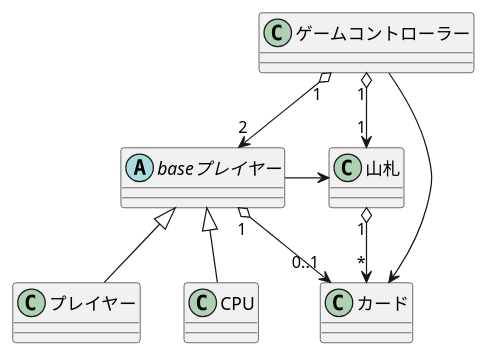
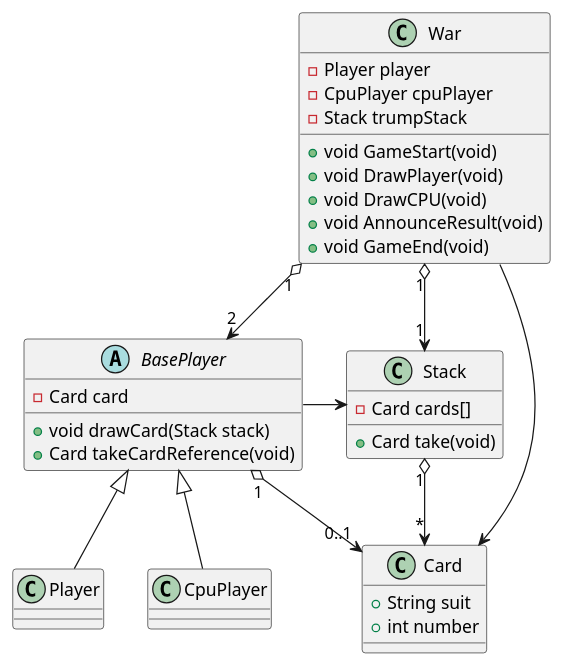
Before and after one commit to hachimitu22/study: the seventh of 7 diagrams in uml/CardGame/doc/design.md, drawn with PlantUML.

Commit message:
クラス図のクラスを英語に変えて属性を決めた

````diff
--- a/uml/CardGame/doc/design.md
+++ b/uml/CardGame/doc/design.md
@@ -290,24 +290,43 @@
 ```plantuml
 @startuml
 
-class ゲームコントローラー
-abstract baseプレイヤー
-class プレイヤー
-class CPU
-class 山札
-class カード
+class War {
+  - Player player
+  - CpuPlayer cpuPlayer
+  - Stack trumpStack
+  + void GameStart(void)
+  + void DrawPlayer(void)
+  + void DrawCPU(void)
+  + void AnnounceResult(void)
+  + void GameEnd(void)
+}
+abstract BasePlayer {
+  - Card card
+  + void drawCard(Stack stack)
+  + Card takeCardReference(void)
+}
+class Player
+class CpuPlayer
+class Stack {
+  - Card cards[]
+  + Card take(void)
+}
+class Card {
+  + String suit
+  + int number
+}
 
-ゲームコントローラー "1" o--> "1" 山札
-ゲームコントローラー "1" o--> "2" baseプレイヤー
+War "1" o--> "1" Stack
+War "1" o--> "2" BasePlayer
 
-プレイヤー -up-|> baseプレイヤー
-CPU -up-|> baseプレイヤー
+Player -up-|> BasePlayer
+CpuPlayer -up-|> BasePlayer
 
-山札 "1" o--> "*" カード
-baseプレイヤー "1" o--> "0..1" カード
+Stack "1" o--> "*" Card
+BasePlayer "1" o--> "0..1" Card
 
-baseプレイヤー -> 山札
-ゲームコントローラー --> カード
+BasePlayer -> Stack
+War --> Card
 
 @enduml
 ```
````
